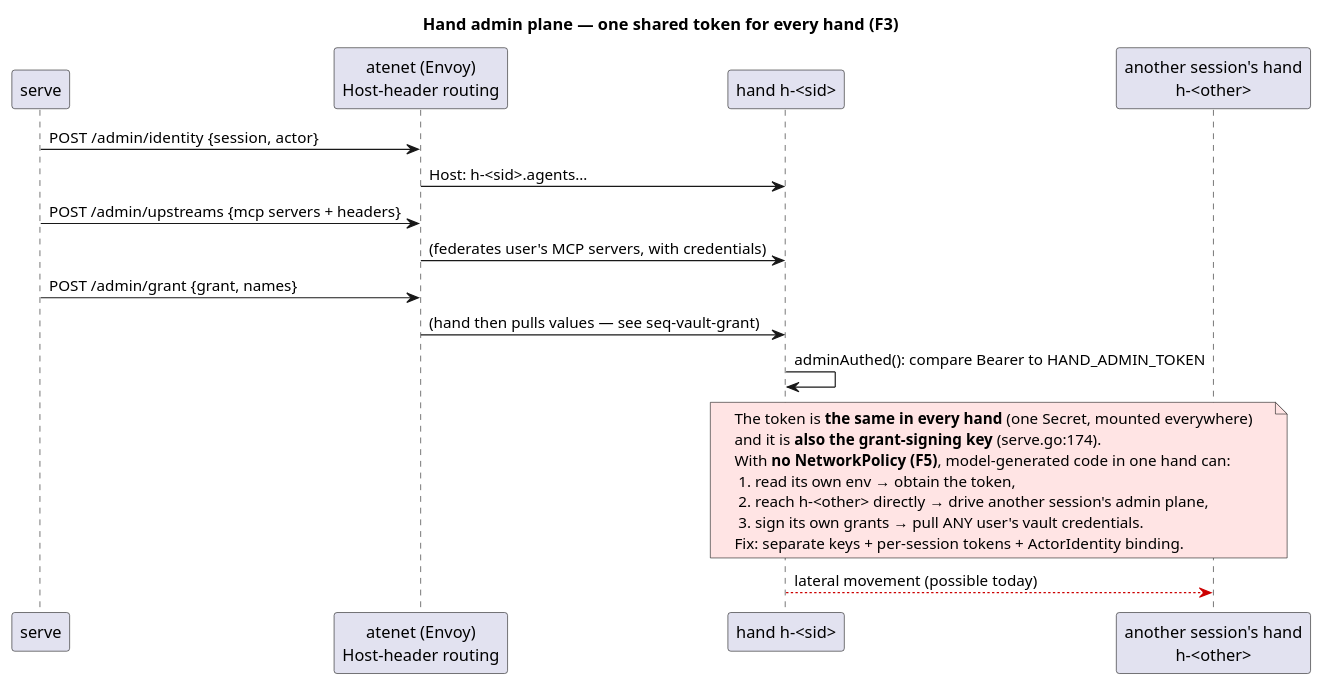
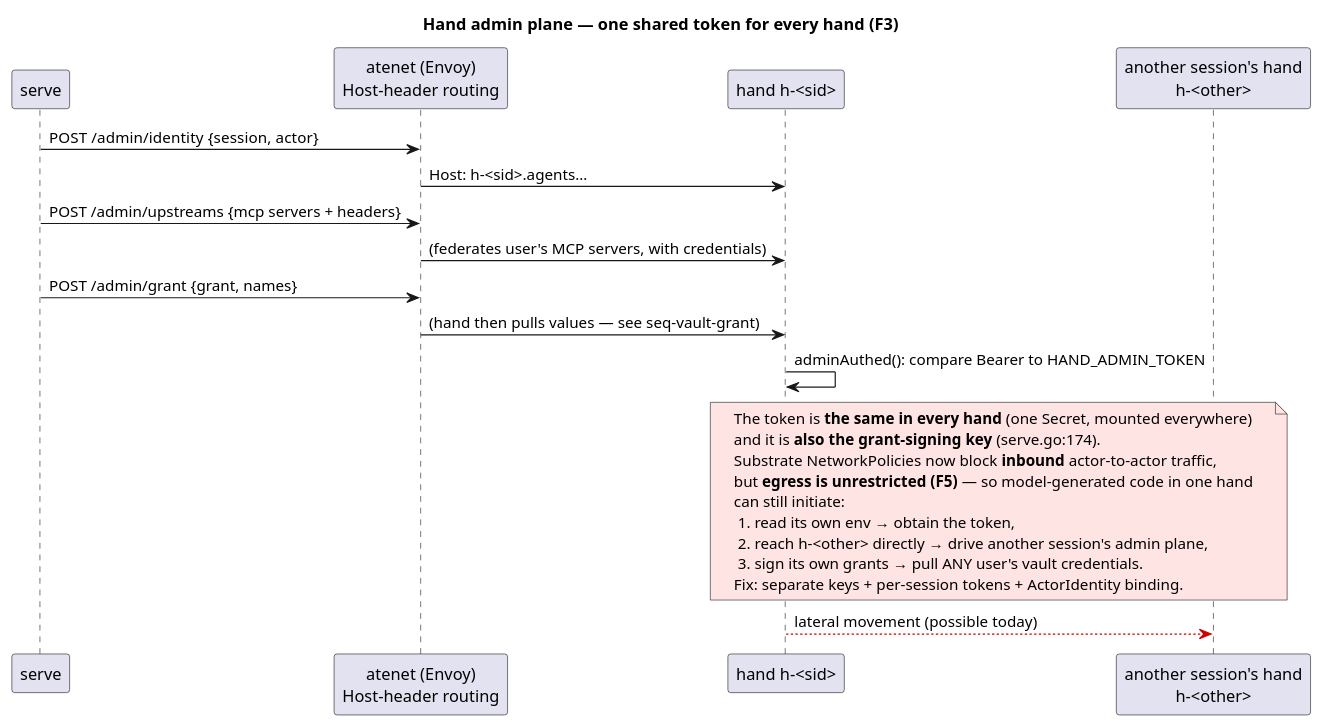
The diagram in agentplane/docs/threat-model/seq-hand-admin.puml (agents-community/supercluster), drawn with PlantUML before and after one commit. The commit also changed 8 other files, not shown here.

```diff
--- a/agentplane/docs/threat-model/seq-hand-admin.puml
+++ b/agentplane/docs/threat-model/seq-hand-admin.puml
@@ -1,27 +1,29 @@
 @startuml seq-hand-admin
 title Hand admin plane — one shared token for every hand (F3)
 
 participant "serve" as serve
 participant "atenet (Envoy)\nHost-header routing" as net
 participant "hand h-<sid>" as hand
 participant "another session's hand\nh-<other>" as other
 
 serve -> net : POST /admin/identity  {session, actor}
 net -> hand : Host: h-<sid>.agents…
 serve -> net : POST /admin/upstreams {mcp servers + headers}
 net -> hand : (federates user's MCP servers, with credentials)
 serve -> net : POST /admin/grant {grant, names}
 net -> hand : (hand then pulls values — see seq-vault-grant)
 hand -> hand : adminAuthed(): compare Bearer to HAND_ADMIN_TOKEN
 
 note over hand, other #FFE4E4
   The token is <b>the same in every hand</b> (one Secret, mounted everywhere)
   and it is <b>also the grant-signing key</b> (serve.go:174).
-  With <b>no NetworkPolicy (F5)</b>, model-generated code in one hand can:
+  Substrate NetworkPolicies now block <b>inbound</b> actor-to-actor traffic,
+  but <b>egress is unrestricted (F5)</b> — so model-generated code in one hand
+  can still initiate:
    1. read its own env → obtain the token,
    2. reach h-<other> directly → drive another session's admin plane,
    3. sign its own grants → pull ANY user's vault credentials.
   Fix: separate keys + per-session tokens + ActorIdentity binding.
 end note
 hand -[#CC0000]-> other : lateral movement (possible today)
 @enduml
```
